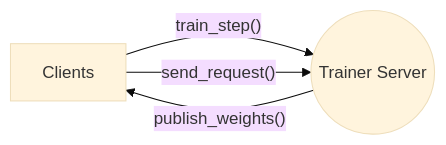
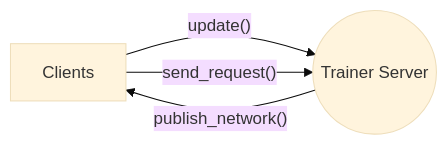
One commit to youliangtan/edgeml changed the third of 3 diagrams in README.md. Above: the diagram before and after it, drawn with Mermaid (base theme). The commit also changed other lines of this file, not shown here.

````diff
--- a/README.md
+++ b/README.md
@@ -60,6 +62,6 @@
 ```mermaid
 graph LR
-A[Clients] -- "train_step()" --> B((Trainer Server))
-B -- "publish_weights()" --> A
+A[Clients] -- "update()" --> B((Trainer Server))
+B -- "publish_network()" --> A
 A -- "send_request()" --> B
 ```
````
